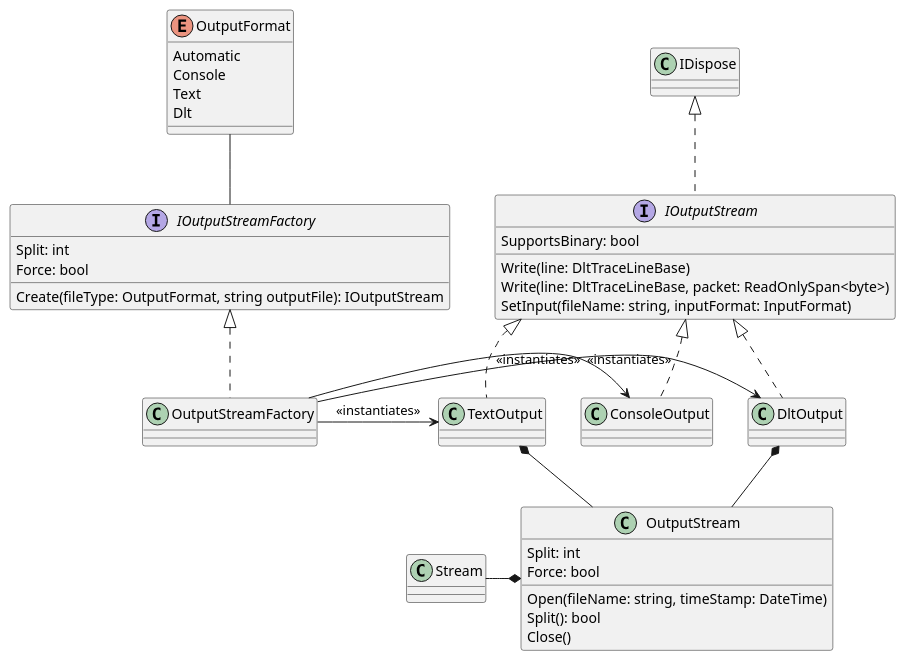
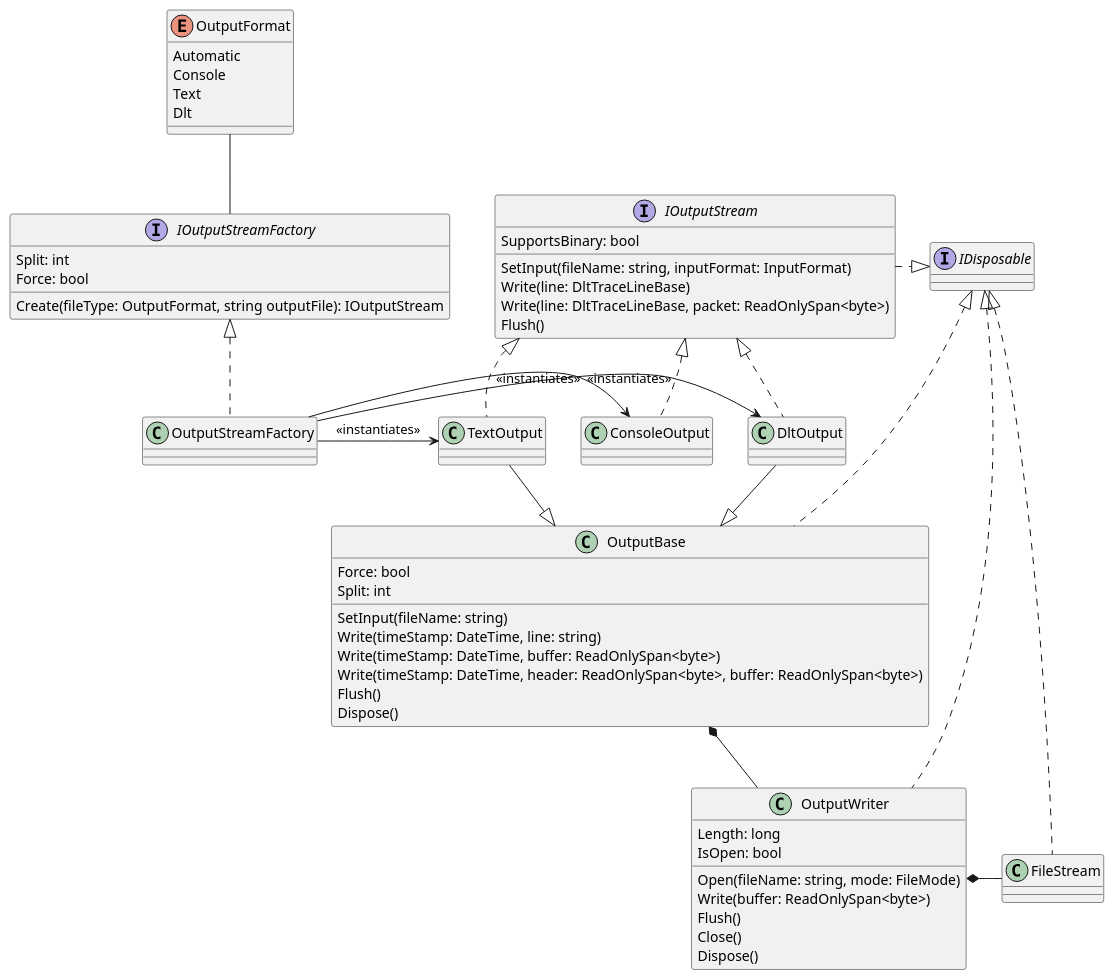
Before and after one commit to jcurl/RJCP.DLL.Log: the diagram in apps/DltDump/docs/diagrams/outputstream.plantuml, drawn with PlantUML. The commit also changed 14 other files, not shown here.

First line of the commit message:
DltDump: Provide a class to write text output

```diff
--- a/apps/DltDump/docs/diagrams/outputstream.plantuml
+++ b/apps/DltDump/docs/diagrams/outputstream.plantuml
@@ -1,57 +1,76 @@
 @startuml Domain.OutputStreamFactory
+
+interface IDisposable
 
 enum OutputFormat {
     Automatic
     Console
     Text
     Dlt
 }
 
 interface IOutputStreamFactory {
     Split: int
     Force: bool
     Create(fileType: OutputFormat, string outputFile): IOutputStream
 }
 
 OutputStreamFactory -r-> DltOutput : <<instantiates>>
 OutputStreamFactory -r-> TextOutput : <<instantiates>>
 OutputStreamFactory -r-> ConsoleOutput : <<instantiates>>
 
 IOutputStreamFactory -u- OutputFormat
 
 class OutputStreamFactory
 IOutputStreamFactory <|.d. OutputStreamFactory
 
 interface IOutputStream {
     SupportsBinary: bool
+    SetInput(fileName: string, inputFormat: InputFormat)
     Write(line: DltTraceLineBase)
     Write(line: DltTraceLineBase, packet: ReadOnlySpan<byte>)
-    SetInput(fileName: string, inputFormat: InputFormat)
+    Flush()
 }
 
-IOutputStream .u.|> IDispose
+IOutputStream .r.|> IDisposable
 
 class ConsoleOutput
 IOutputStream <|.d. ConsoleOutput
 
 class TextOutput
 IOutputStream <|.d. TextOutput
 
 class DltOutput
 IOutputStream <|.d. DltOutput
 
-class OutputStream {
+class OutputBase {
+    Force: bool
     Split: int
-    Force: bool
-    Open(fileName: string, timeStamp: DateTime)
-    Split(): bool
-    Close()
+    SetInput(fileName: string)
+    Write(timeStamp: DateTime, line: string)
+    Write(timeStamp: DateTime, buffer: ReadOnlySpan<byte>)
+    Write(timeStamp: DateTime, header: ReadOnlySpan<byte>, buffer: ReadOnlySpan<byte>)
+    Flush()
+    Dispose()
 }
 
-TextOutput *-d- OutputStream
+class OutputWriter {
+    Length: long
+    IsOpen: bool
+    Open(fileName: string, mode: FileMode)
+    Write(buffer: ReadOnlySpan<byte>)
+    Flush()
+    Close()
+    Dispose()
+}
+OutputWriter .u.|> IDisposable
+OutputBase .u.|> IDisposable
 
-DltOutput *-d- OutputStream
+TextOutput -d-|> OutputBase
+DltOutput -d-|> OutputBase
 
-Stream -r-* OutputStream
+OutputBase *-d- OutputWriter
+OutputWriter *-r- FileStream
+FileStream .u.|> IDisposable
 
 @enduml
```
